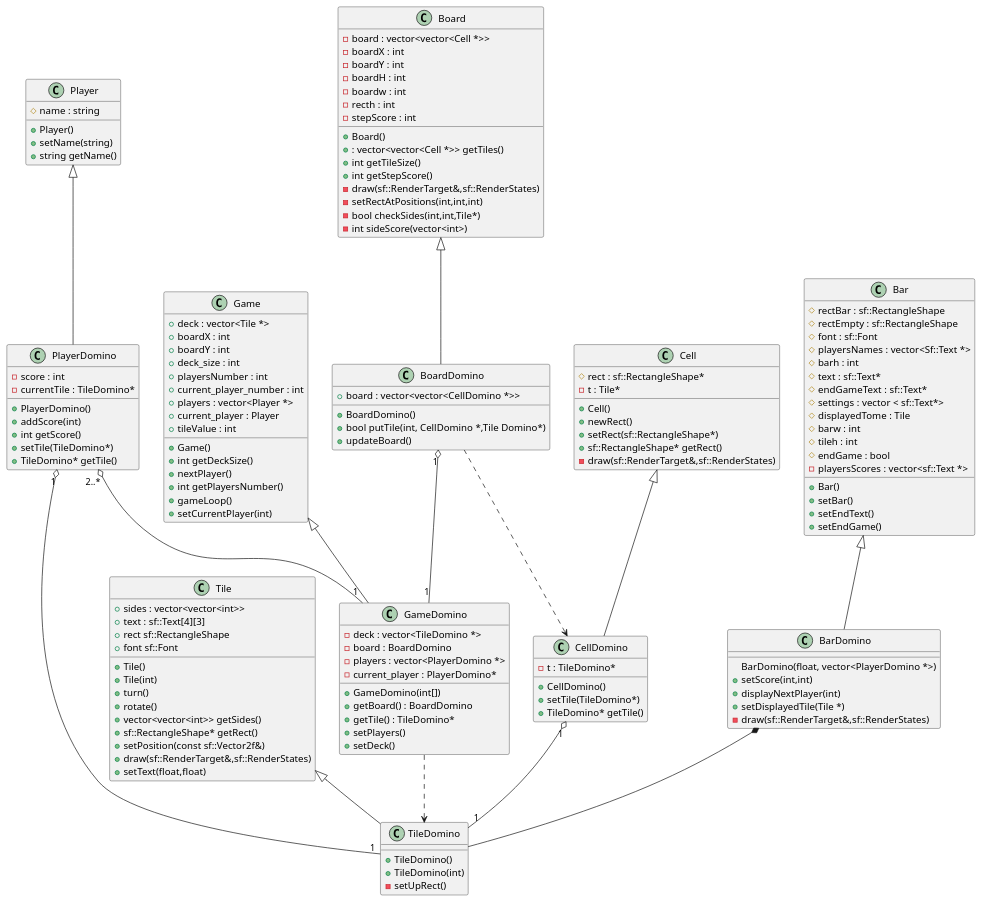
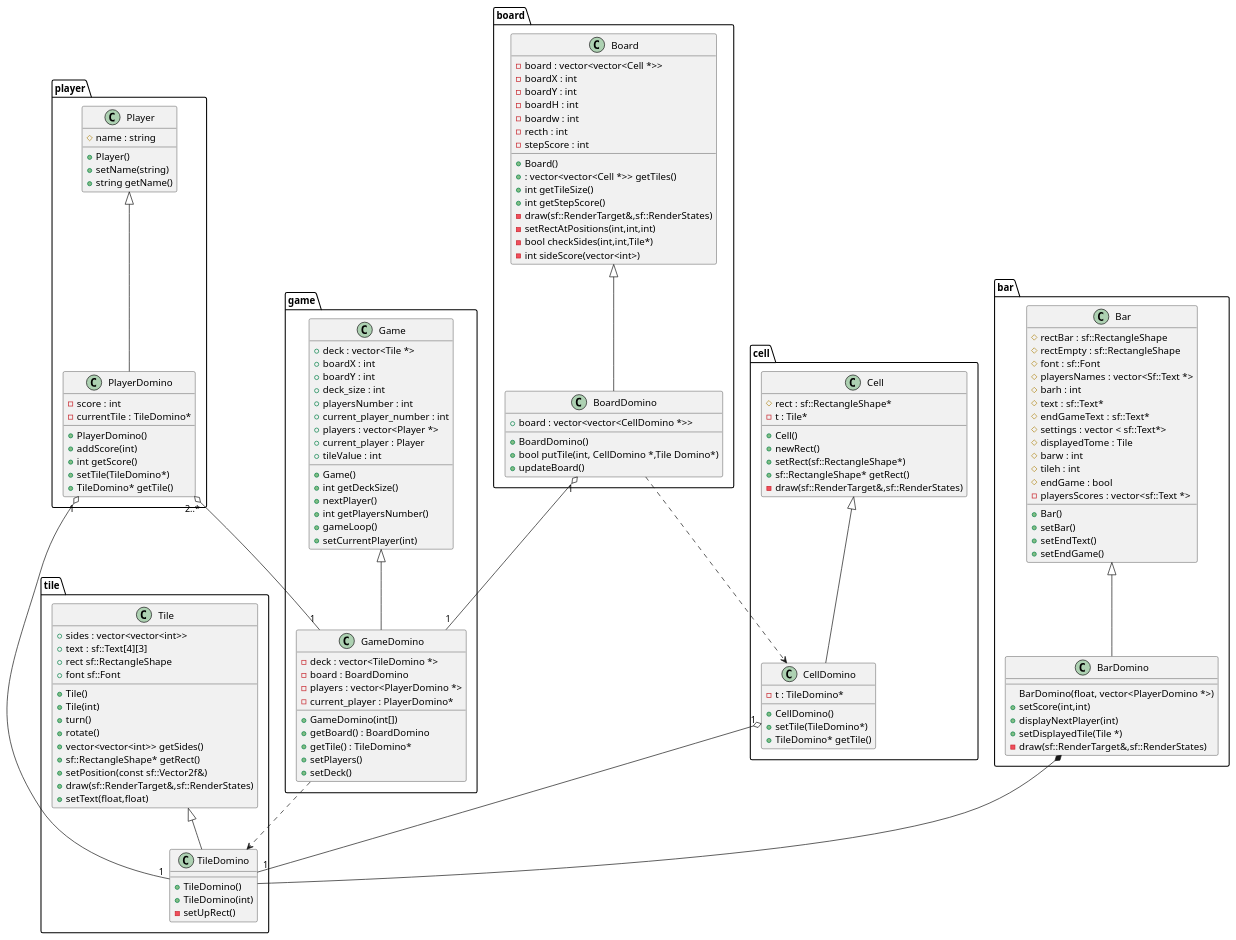
One commit to wehddn/M1-LangagesAObjetAvances-Projet changed the diagram in class.plantuml. Above: the diagram before and after it, drawn with PlantUML.

Commit message:
Diagramme

```diff
--- a/class.plantuml
+++ b/class.plantuml
@@ -1,162 +1,171 @@
 @startuml classeDiagramme
+package game{
 class Game{
     + deck : vector<Tile *>
     + boardX : int
     + boardY : int
     + deck_size : int
     + playersNumber : int
     + current_player_number : int
     + players : vector<Player *>
     + current_player : Player
     + tileValue : int
 
     + Game()
     + int getDeckSize()
     + nextPlayer()
     + int getPlayersNumber()
     + gameLoop()
     + setCurrentPlayer(int)
 }
 class GameDomino{
     - deck : vector<TileDomino *>
     - board : BoardDomino
     - players : vector<PlayerDomino *>
     - current_player : PlayerDomino*
 
     + GameDomino(int[])
     + getBoard() : BoardDomino
     + getTile() : TileDomino*
     + setPlayers()
     + setDeck()
 }
+}
 
 Game <|-- GameDomino
-
+package board{
 class Board{
     - board : vector<vector<Cell *>>
     - boardX : int
     - boardY : int
     - boardH : int
     - boardw : int
     - recth : int
     - stepScore : int
 
     + Board()
     + : vector<vector<Cell *>> getTiles()
     + int getTileSize()
     + int getStepScore()
     - draw(sf::RenderTarget&,sf::RenderStates)
     - setRectAtPositions(int,int,int)
     - bool checkSides(int,int,Tile*)
     - int sideScore(vector<int>) 
 }   
 
 class BoardDomino{
     + board : vector<vector<CellDomino *>>
     
     + BoardDomino()
     + bool putTile(int, CellDomino *,Tile Domino*)
     + updateBoard()
 }
-
+}
 Board <|-- BoardDomino
+package tile{
 class Tile{
     + sides : vector<vector<int>>
     + text : sf::Text[4][3]
     + rect sf::RectangleShape
     + font sf::Font
 
     + Tile()
     + Tile(int)
     + turn()
     + rotate()
     + vector<vector<int>> getSides()
     + sf::RectangleShape* getRect()
     + setPosition(const sf::Vector2f&)
     + draw(sf::RenderTarget&,sf::RenderStates)
     + setText(float,float)
 }
 class TileDomino{
     + TileDomino()
     + TileDomino(int)
     - setUpRect()
 }
+}
 Tile <|-- TileDomino
+package player{
 class Player{
     # name : string
 
     + Player()
     + setName(string)
     + string getName()
 
 }
 class PlayerDomino{
     - score : int
     - currentTile : TileDomino*
 
     + PlayerDomino()
     + addScore(int)
     + int getScore()
     + setTile(TileDomino*)
     + TileDomino* getTile()
 }
+}
 Player <|-- PlayerDomino
 PlayerDomino "1" o-- "1" TileDomino
+package cell{
 class Cell{
     # rect : sf::RectangleShape*
     - t : Tile*
 
     + Cell()
     + newRect()
     + setRect(sf::RectangleShape*)
     + sf::RectangleShape* getRect()
     - draw(sf::RenderTarget&,sf::RenderStates)
 }
 class CellDomino{
     - t : TileDomino*
 
     + CellDomino()
     + setTile(TileDomino*)
     + TileDomino* getTile()
 }
-
+}
 Cell <|-- CellDomino
+package bar{
 class Bar{
     # rectBar : sf::RectangleShape
     # rectEmpty : sf::RectangleShape
     # font : sf::Font
     # playersNames : vector<Sf::Text *>
     # barh : int
     # text : sf::Text*
     # endGameText : sf::Text*
     # settings : vector < sf::Text*>
     # displayedTome : Tile
     # barw : int
     # tileh : int 
     # endGame : bool
     - playersScores : vector<sf::Text *>
 
     + Bar()
     + setBar()
     + setEndText()
     + setEndGame()
 
 }
 class BarDomino{
     BarDomino(float, vector<PlayerDomino *>)
     + setScore(int,int)
     + displayNextPlayer(int)
     + setDisplayedTile(Tile *)
     - draw(sf::RenderTarget&,sf::RenderStates)
 }
+}
 Bar <|-- BarDomino
 
 BarDomino *-- TileDomino
 CellDomino "1" o-- "1" TileDomino
 GameDomino ..> TileDomino
 PlayerDomino "2..*" o-- "1" GameDomino
 BoardDomino "1" o-- "1" GameDomino
 BoardDomino ..> CellDomino
 
 
 @enduml
```
